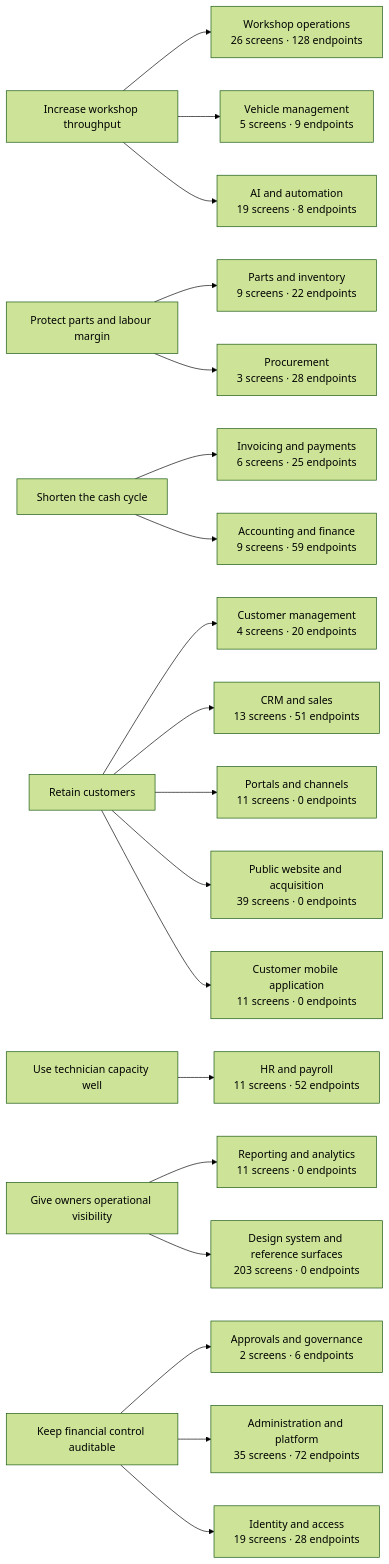
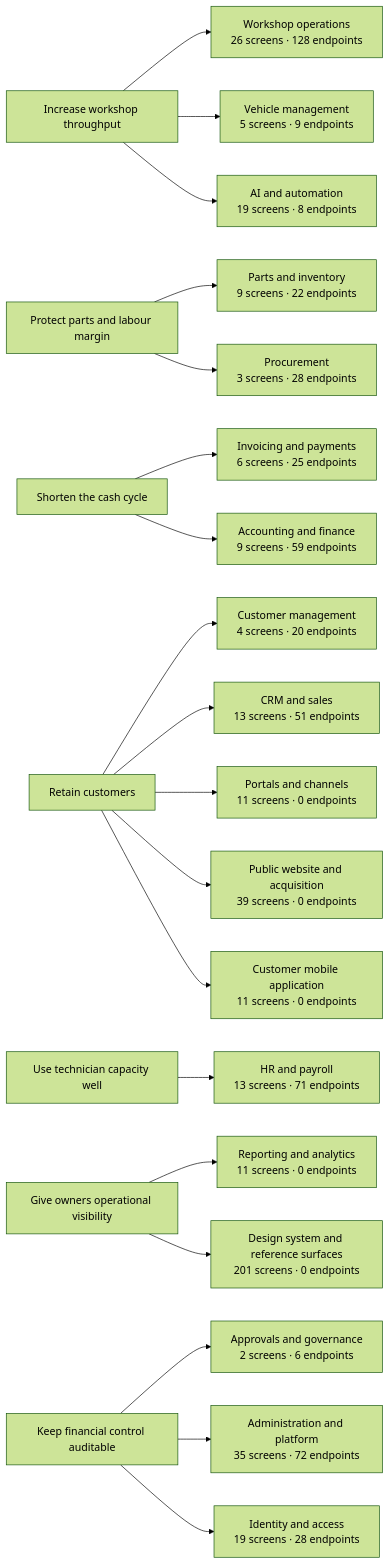
The diagram in docs/07_BUSINESS_ANALYSIS/BUSINESS_CAPABILITY_MAP.md (tazamohd/SlClNe), drawn with Mermaid (forest theme) before and after one commit. The commit also changed other lines of this file and 20 other files, not shown here.

````diff
--- a/docs/07_BUSINESS_ANALYSIS/BUSINESS_CAPABILITY_MAP.md
+++ b/docs/07_BUSINESS_ANALYSIS/BUSINESS_CAPABILITY_MAP.md
@@ -22,46 +22,46 @@
 ```mermaid
 flowchart LR
   OBJ_THROUGHPUT["Increase workshop throughput"]
   OBJ_MARGIN["Protect parts and labour margin"]
   OBJ_CASH["Shorten the cash cycle"]
   OBJ_RETENTION["Retain customers"]
   OBJ_CAPACITY["Use technician capacity well"]
   OBJ_VISIBILITY["Give owners operational visibility"]
   OBJ_CONTROL["Keep financial control auditable"]
   CAP_WORKSHOP["Workshop operations<br/>26 screens · 128 endpoints"]
   OBJ_THROUGHPUT --> CAP_WORKSHOP
   CAP_CUSTOMERS["Customer management<br/>4 screens · 20 endpoints"]
   OBJ_RETENTION --> CAP_CUSTOMERS
   CAP_VEHICLES["Vehicle management<br/>5 screens · 9 endpoints"]
   OBJ_THROUGHPUT --> CAP_VEHICLES
   CAP_INVENTORY["Parts and inventory<br/>9 screens · 22 endpoints"]
   OBJ_MARGIN --> CAP_INVENTORY
   CAP_PROCUREMENT["Procurement<br/>3 screens · 28 endpoints"]
   OBJ_MARGIN --> CAP_PROCUREMENT
   CAP_BILLING["Invoicing and payments<br/>6 screens · 25 endpoints"]
   OBJ_CASH --> CAP_BILLING
   CAP_ACCOUNTING["Accounting and finance<br/>9 screens · 59 endpoints"]
   OBJ_CASH --> CAP_ACCOUNTING
-  CAP_HR["HR and payroll<br/>11 screens · 52 endpoints"]
+  CAP_HR["HR and payroll<br/>13 screens · 71 endpoints"]
   OBJ_CAPACITY --> CAP_HR
   CAP_CRM["CRM and sales<br/>13 screens · 51 endpoints"]
   OBJ_RETENTION --> CAP_CRM
   CAP_REPORTING["Reporting and analytics<br/>11 screens · 0 endpoints"]
   OBJ_VISIBILITY --> CAP_REPORTING
   CAP_GOVERNANCE["Approvals and governance<br/>2 screens · 6 endpoints"]
   OBJ_CONTROL --> CAP_GOVERNANCE
   CAP_PORTALS["Portals and channels<br/>11 screens · 0 endpoints"]
   OBJ_RETENTION --> CAP_PORTALS
   CAP_AI["AI and automation<br/>19 screens · 8 endpoints"]
   OBJ_THROUGHPUT --> CAP_AI
   CAP_PLATFORM["Administration and platform<br/>35 screens · 72 endpoints"]
   OBJ_CONTROL --> CAP_PLATFORM
   CAP_IDENTITY["Identity and access<br/>19 screens · 28 endpoints"]
   OBJ_CONTROL --> CAP_IDENTITY
   CAP_WEBSITE["Public website and acquisition<br/>39 screens · 0 endpoints"]
   OBJ_RETENTION --> CAP_WEBSITE
   CAP_CUSTOMERAPP["Customer mobile application<br/>11 screens · 0 endpoints"]
   OBJ_RETENTION --> CAP_CUSTOMERAPP
-  CAP_DESIGNSYSTEM["Design system and reference surfaces<br/>203 screens · 0 endpoints"]
+  CAP_DESIGNSYSTEM["Design system and reference surfaces<br/>201 screens · 0 endpoints"]
   OBJ_VISIBILITY --> CAP_DESIGNSYSTEM
 ```
````
